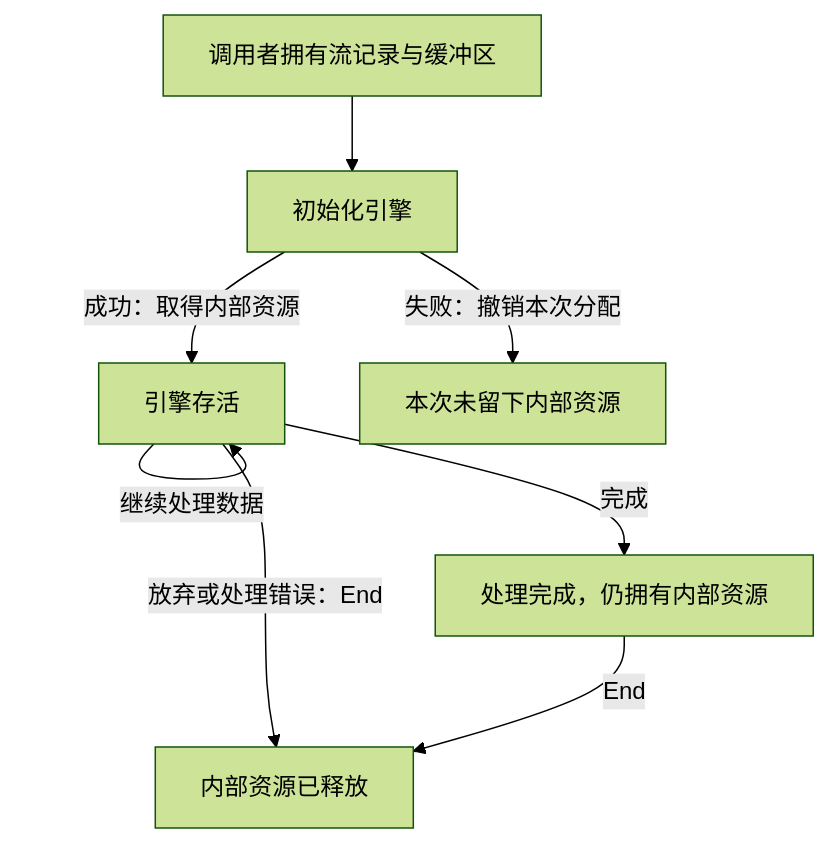
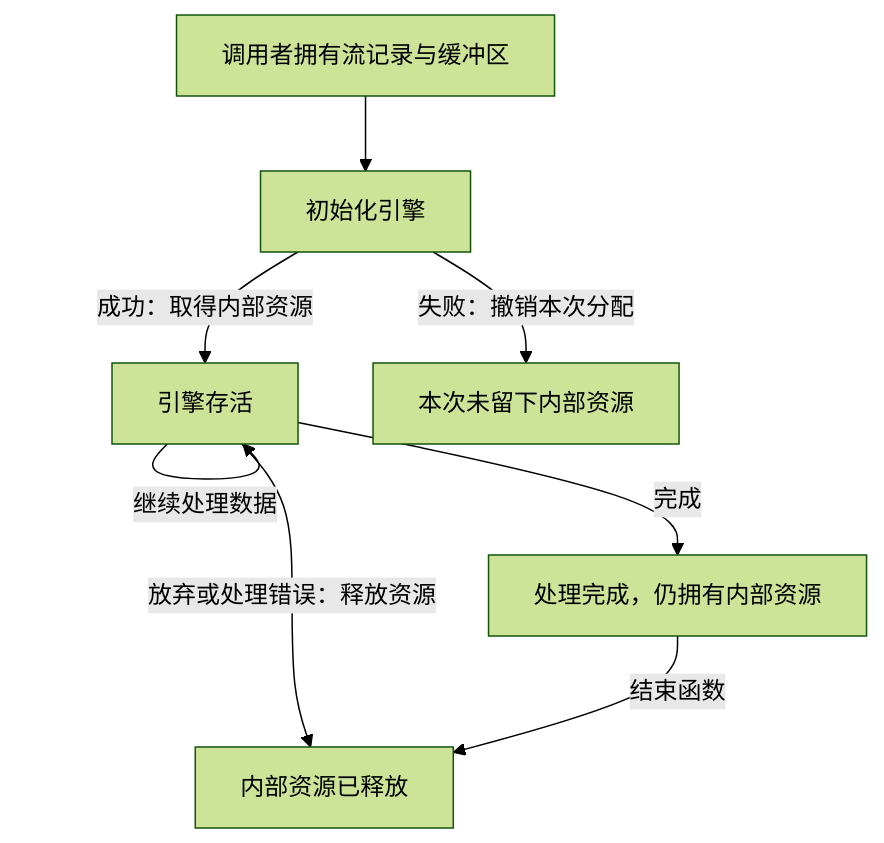
The first of 2 diagrams in docs/guide/round-trip.zh.md (cla7aye15I4nd/zlib-f), drawn with Mermaid (forest theme) before and after one commit. The commit also changed other lines of this file and 237 other files, not shown here.

````diff
--- a/docs/guide/round-trip.zh.md
+++ b/docs/guide/round-trip.zh.md
@@ -59,10 +61,10 @@
 ```mermaid
 flowchart TD
     fresh["调用者拥有流记录与缓冲区"] --> init["初始化引擎"]
     init -->|"成功：取得内部资源"| live["引擎存活"]
     init -->|"失败：撤销本次分配"| none["本次未留下内部资源"]
     live -->|"继续处理数据"| live
     live -->|"完成"| complete["处理完成，仍拥有内部资源"]
-    live -->|"放弃或处理错误：End"| released["内部资源已释放"]
-    complete -->|"End"| released
+    live -->|"放弃或处理错误：释放资源"| released["内部资源已释放"]
+    complete -->|"结束函数"| released
 ```
````
